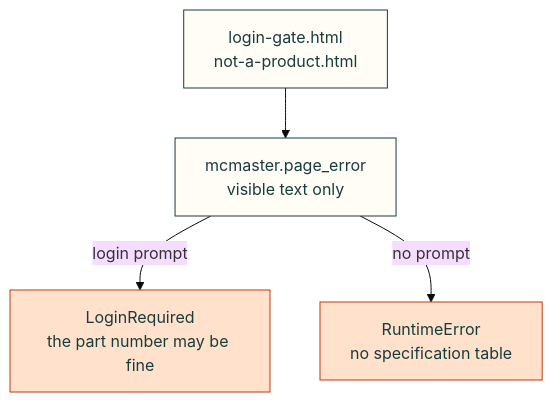
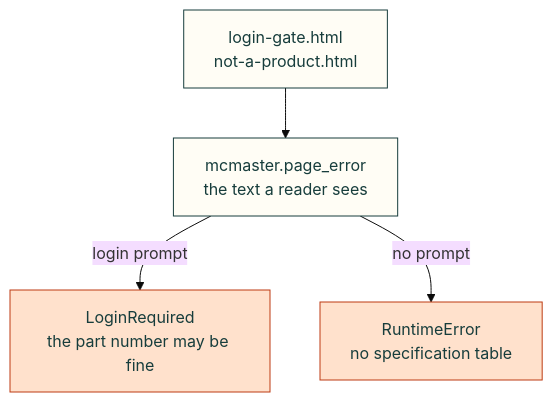
Before and after one commit to Valpatel/cad-agent: the diagram in tests/fixtures/mcmaster/README.md, drawn with Mermaid (base theme). The commit also changed other lines of this file and 6 other files, not shown here.

First line of the commit message:
mcmaster: read the login prompt from the text a reader sees

````diff
--- a/tests/fixtures/mcmaster/README.md
+++ b/tests/fixtures/mcmaster/README.md
@@ -6,10 +6,10 @@
 ```mermaid
 flowchart TD
-    F["login-gate.html<br/>not-a-product.html"] --> E["mcmaster.page_error<br/>visible text only"]
+    F["login-gate.html<br/>not-a-product.html"] --> E["mcmaster.page_error<br/>the text a reader sees"]
     E -->|"login prompt"| L["LoginRequired<br/>the part number may be fine"]
     E -->|"no prompt"| N["RuntimeError<br/>no specification table"]
     classDef here fill:#fffdf5,stroke:#173d3c,color:#173d3c
     classDef out fill:#ffe1cc,stroke:#bd3a12,color:#173d3c
     class F,E here
     class L,N out
 ```
````
